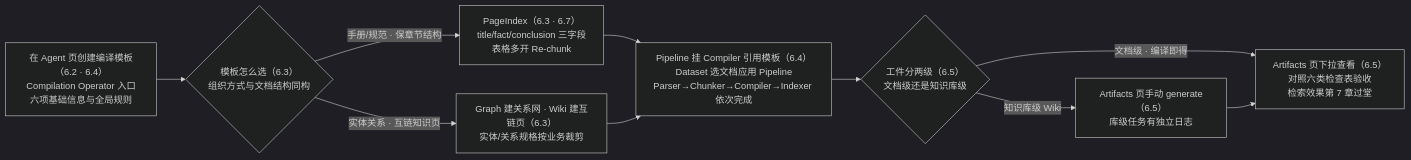
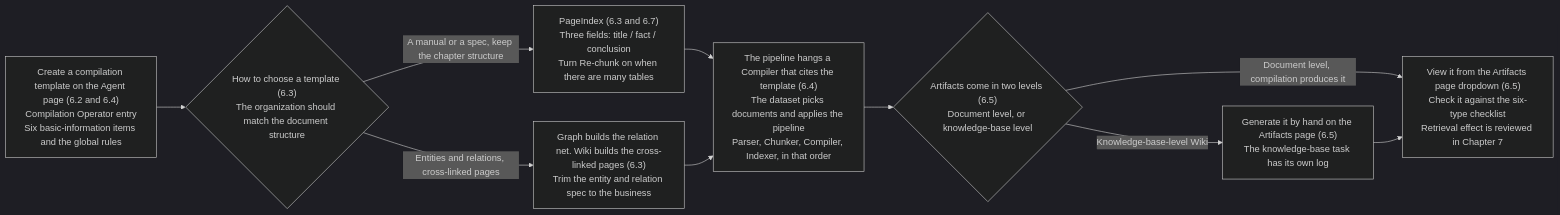
One commit to ybak/ai-tutorial changed the first of 3 diagrams in books/ragflow/en/chapters/06-knowledge-compilation.md. Above: the diagram before and after it, drawn with Mermaid (dark theme). The commit also changed other lines of this file and 16 other files, not shown here.

First line of the commit message:
docs(ragflow): 按审阅改英文图、注释和正文

````diff
--- a/books/ragflow/en/chapters/06-knowledge-compilation.md
+++ b/books/ragflow/en/chapters/06-knowledge-compilation.md
@@ -11,12 +11,12 @@
 ```mermaid
 flowchart LR
-    A["在 Agent 页创建编译模板（6.2 · 6.4）<br/>Compilation Operator 入口<br/>六项基础信息与全局规则"] --> B{"模板怎么选（6.3）<br/>组织方式与文档结构同构"}
-    B -->|"手册/规范 · 保章节结构"| C["PageIndex（6.3 · 6.7）<br/>title/fact/conclusion 三字段<br/>表格多开 Re-chunk"]
-    B -->|"实体关系 · 互链知识页"| D["Graph 建关系网 · Wiki 建互链页（6.3）<br/>实体/关系规格按业务裁剪"]
-    C --> E["Pipeline 挂 Compiler 引用模板（6.4）<br/>Dataset 选文档应用 Pipeline<br/>Parser→Chunker→Compiler→Indexer 依次完成"]
+    A["Create a compilation template on the Agent page (6.2 and 6.4)<br/>Compilation Operator entry<br/>Six basic-information items and the global rules"] --> B{"How to choose a template (6.3)<br/>The organization should match the document structure"}
+    B -->|"A manual or a spec, keep the chapter structure"| C["PageIndex (6.3 and 6.7)<br/>Three fields: title / fact / conclusion<br/>Turn Re-chunk on when there are many tables"]
+    B -->|"Entities and relations, cross-linked pages"| D["Graph builds the relation net. Wiki builds the cross-linked pages (6.3)<br/>Trim the entity and relation spec to the business"]
+    C --> E["The pipeline hangs a Compiler that cites the template (6.4)<br/>The dataset picks documents and applies the pipeline<br/>Parser, Chunker, Compiler, Indexer, in that order"]
     D --> E
-    E --> F{"工件分两级（6.5）<br/>文档级还是知识库级"}
-    F -->|"文档级 · 编译即得"| H["Artifacts 页下拉查看（6.5）<br/>对照六类检查表验收<br/>检索效果第 7 章过堂"]
-    F -->|"知识库级 Wiki"| G["Artifacts 页手动 generate（6.5）<br/>库级任务有独立日志"]
+    E --> F{"Artifacts come in two levels (6.5)<br/>Document level, or knowledge-base level"}
+    F -->|"Document level, compilation produces it"| H["View it from the Artifacts page dropdown (6.5)<br/>Check it against the six-type checklist<br/>Retrieval effect is reviewed in Chapter 7"]
+    F -->|"Knowledge-base-level Wiki"| G["Generate it by hand on the Artifacts page (6.5)<br/>The knowledge-base task has its own log"]
     G --> H
 ```
````
